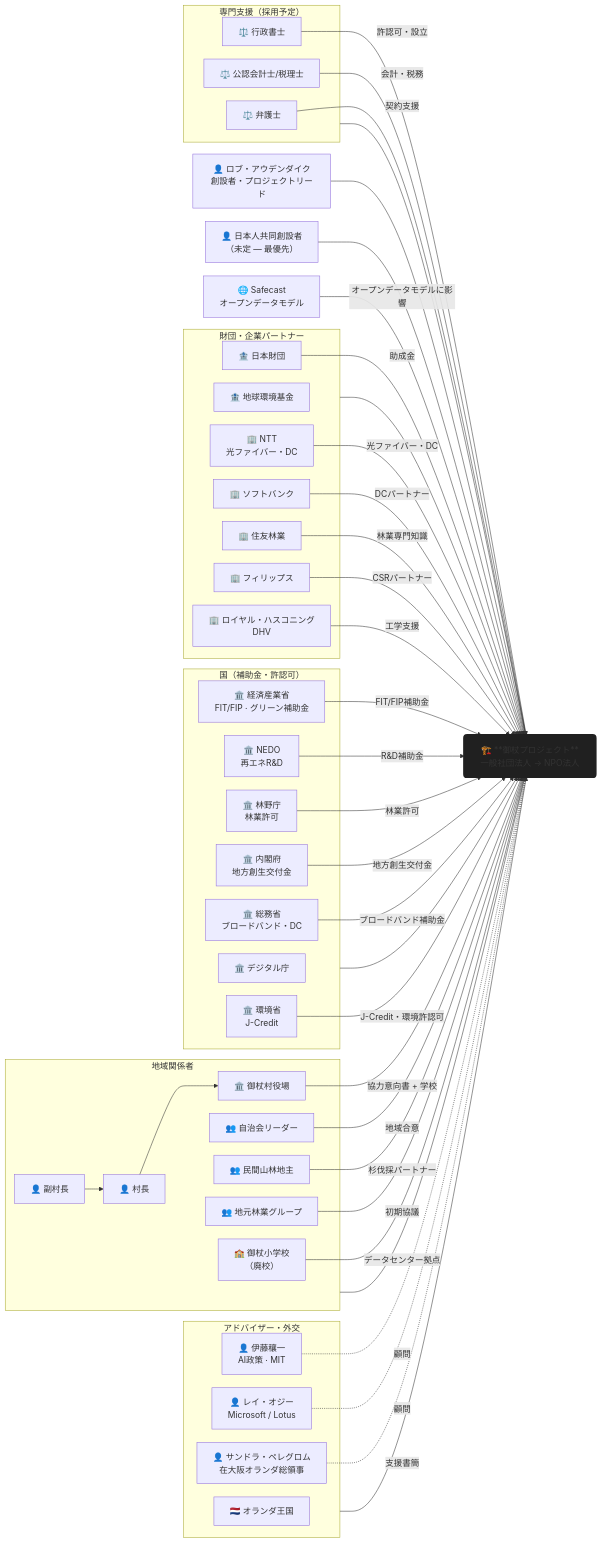
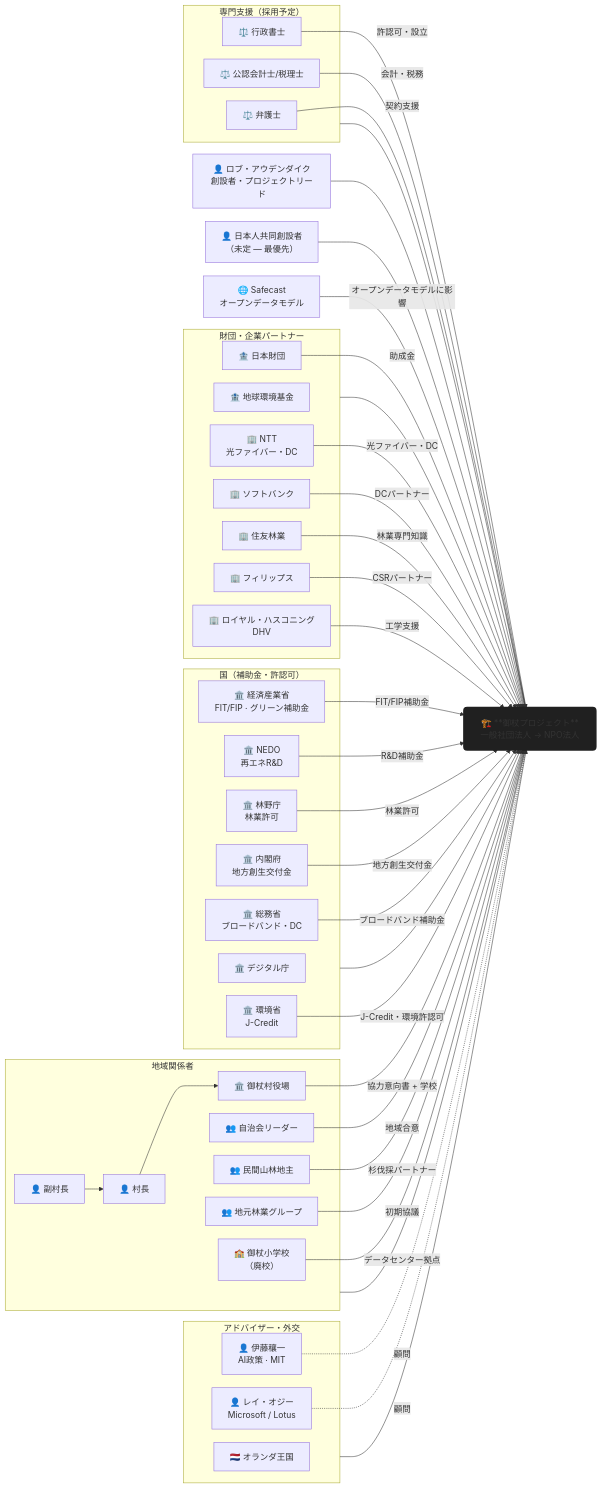
The diagram in mitsue_stakeholders_jp.md (robouden/mitsue-ai-data-center), drawn with Mermaid before and after one commit. The commit also changed other lines of this file and 7 other files, not shown here.

```diff
--- a/mitsue_stakeholders_jp.md
+++ b/mitsue_stakeholders_jp.md
@@ -105,7 +104,6 @@
     subgraph Advisors["アドバイザー・外交"]
         JOI["👤 伊藤穰一\nAI政策 · MIT"]
         RAY["👤 レイ・オジー\nMicrosoft / Lotus"]
-        CONSUL["👤 サンドラ・ペレグロム\n在大阪オランダ総領事"]
         NL["🇳🇱 オランダ王国"]
     end
 
@@ -162,8 +160,6 @@
     %% Detailed connections
     JOI -.->|"顧問"| PROJ
     RAY -.->|"顧問"| PROJ
-    CONSUL -.->|"支援書簡"| PROJ
-
     VILLAGE -->|"協力意向書 + 学校"| PROJ
     MAYOR --> VILLAGE
     VMAYOR --> MAYOR
```
